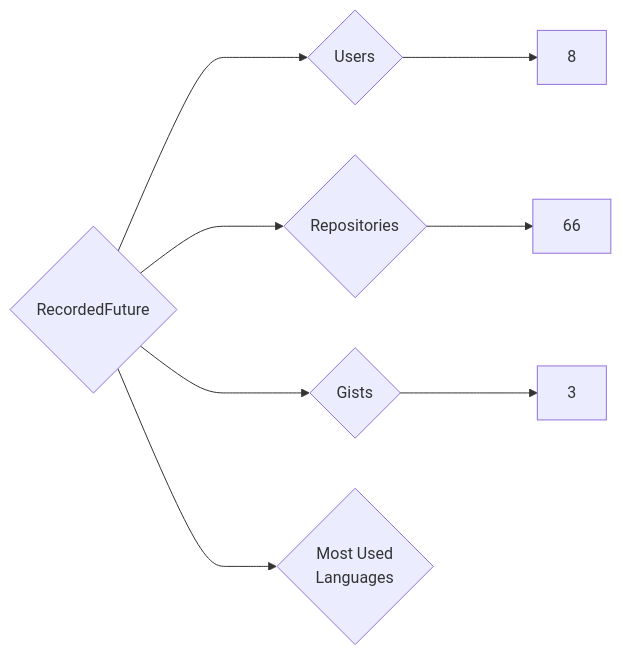
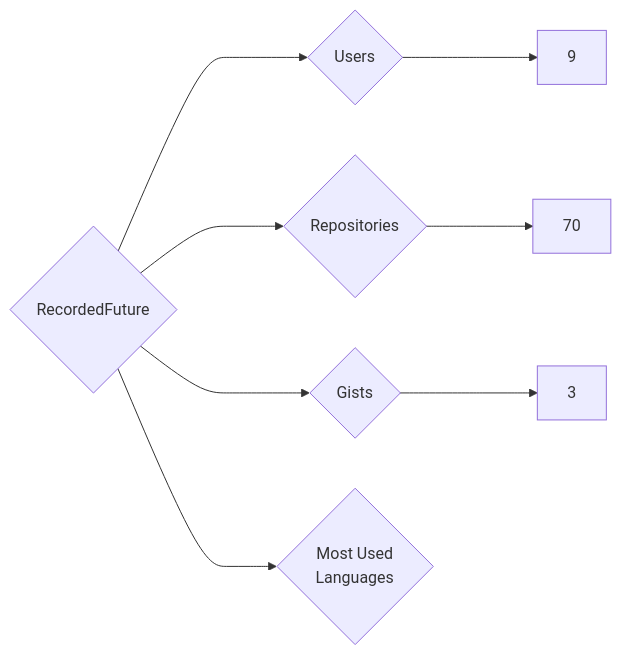
Before and after one commit to nenadzaric/insiders: the diagram in targets/RecordedFuture/README.md, drawn with Mermaid. The commit also changed 1342 other files, not shown here.

````diff
--- a/targets/RecordedFuture/README.md
+++ b/targets/RecordedFuture/README.md
@@ -3,8 +3,8 @@
 ```mermaid
 graph LR
 COMPANY_NAME{RecordedFuture}
-COMPANY_NAME ---> U{Users} ---> UN[8]
-COMPANY_NAME ---> R{Repositories} ---> RN[66]
+COMPANY_NAME ---> U{Users} ---> UN[9]
+COMPANY_NAME ---> R{Repositories} ---> RN[70]
 COMPANY_NAME ---> G{Gists} ---> GN[3]
 COMPANY_NAME ---> ML{Most Used<br>Languages}
 ```
````
